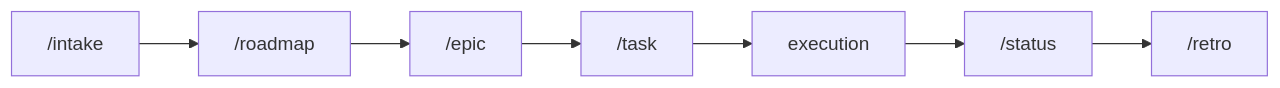
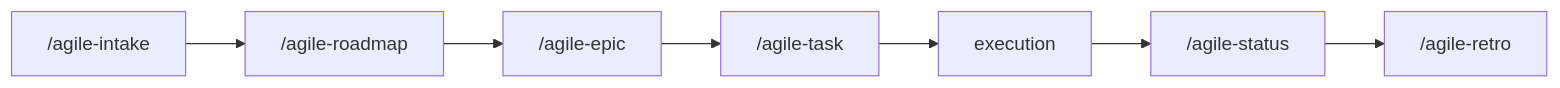
Before and after one commit to djalmajr/essential-skills: the diagram in skills/agile-epic/SKILL.md, drawn with Mermaid. The commit also changed other lines of this file and 16 other files, not shown here.

````diff
--- a/skills/agile-epic/SKILL.md
+++ b/skills/agile-epic/SKILL.md
@@ -174,9 +174,9 @@
 ```mermaid
 flowchart LR
-    A["/intake"] --> B["/roadmap"]
-    B --> C["/epic"]
-    C --> D["/task"]
+    A["/agile-intake"] --> B["/agile-roadmap"]
+    B --> C["/agile-epic"]
+    C --> D["/agile-task"]
     D --> E[execution]
-    E --> F["/status"]
-    F --> G["/retro"]
+    E --> F["/agile-status"]
+    F --> G["/agile-retro"]
 ```
````
